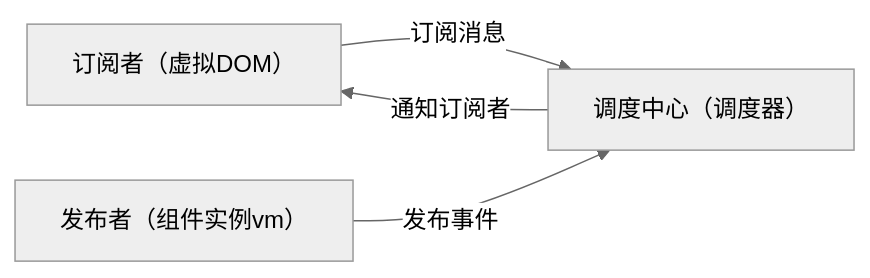
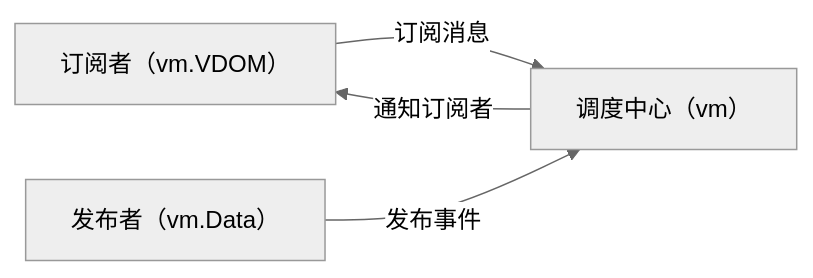
One commit to penjj/talks changed the first of 6 diagrams in slides.md. Above: the diagram before and after it, drawn with Mermaid (neutral theme). The commit also changed other lines of this file and 2 other files, not shown here.

````diff
--- a/slides.md
+++ b/slides.md
@@ -46,7 +46,7 @@
 ```mermaid
 graph LR
-    B[订阅者（虚拟DOM）]
-    B-->|订阅消息| C[调度中心（调度器）]
+    B[订阅者（vm.VDOM）]
+    B-->|订阅消息| C[调度中心（vm）]
     C-->|通知订阅者| B
-    D[发布者（组件实例vm）]-->|发布事件| C;
+    D[发布者（vm.Data）]-->|发布事件| C;
 ```
````
